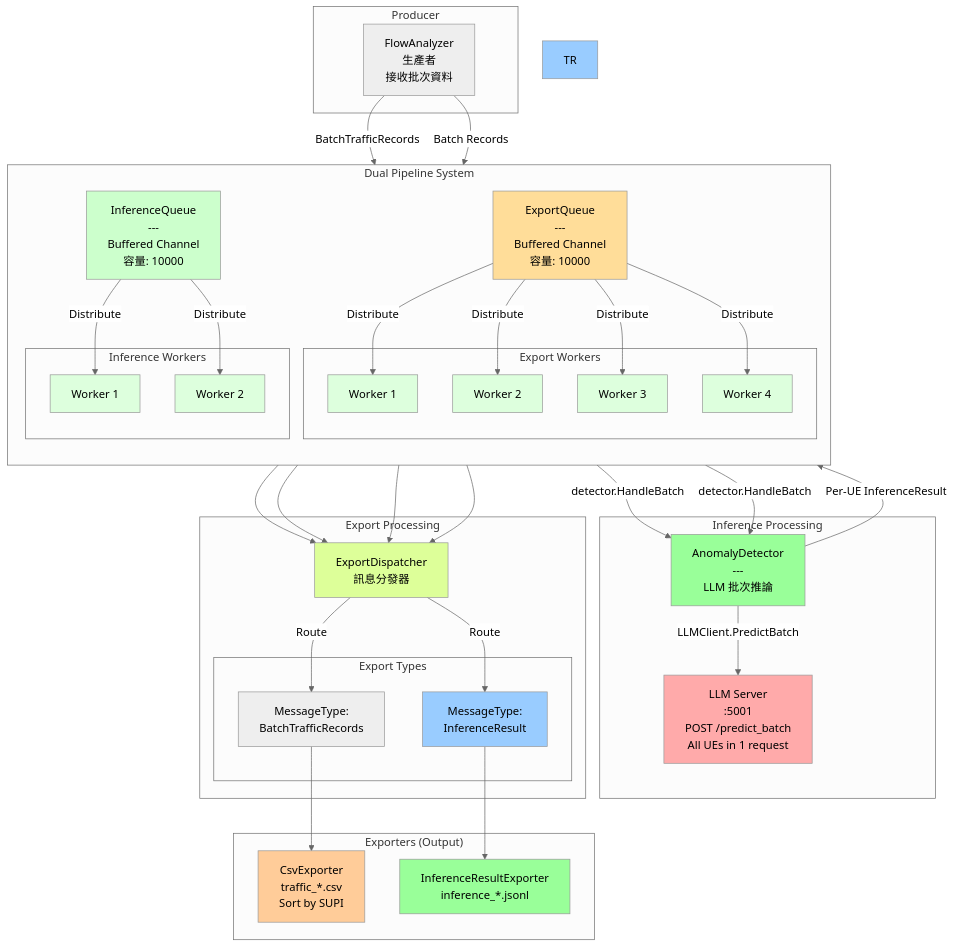
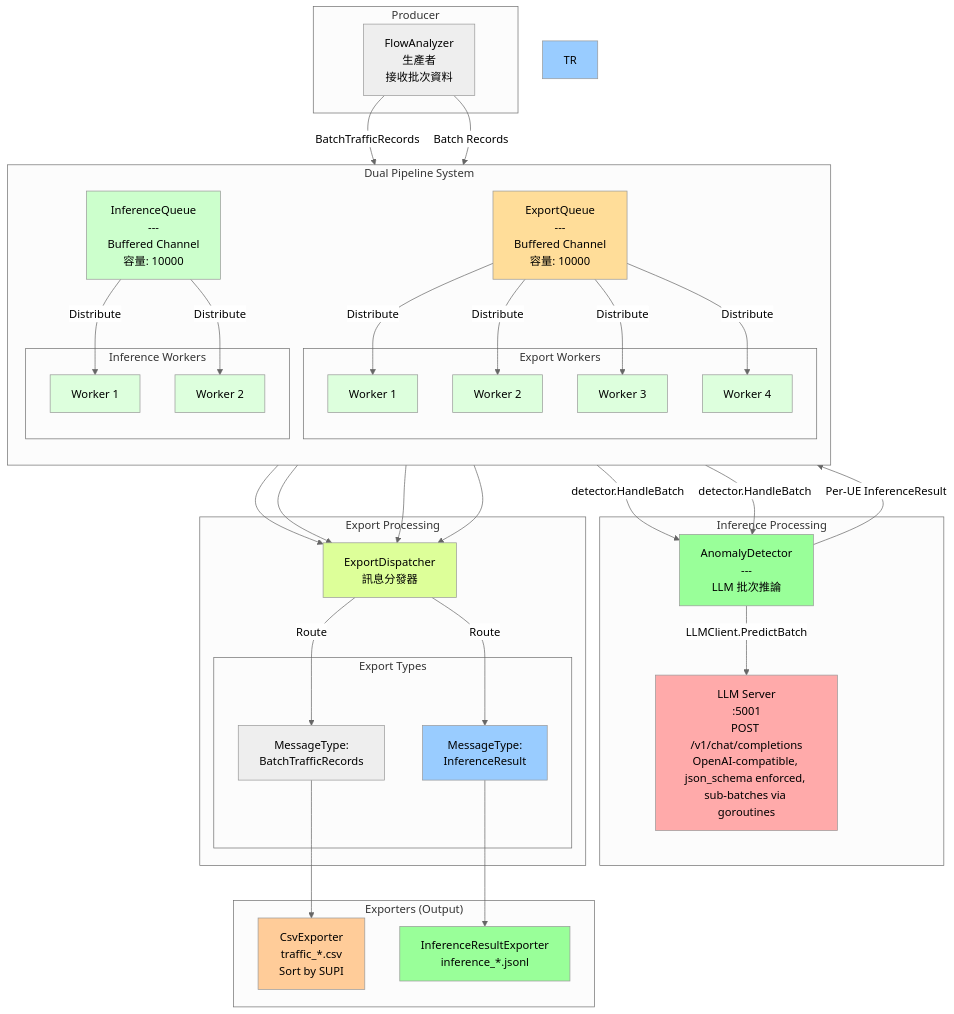
The fifth of 8 diagrams in docs/architecture.md (ian-cs12-NYCU/AnLF), drawn with Mermaid before and after one commit. The commit also changed other lines of this file and 5 other files, not shown here.

````diff
--- a/docs/architecture.md
+++ b/docs/architecture.md
@@ -259,81 +259,81 @@
 ```mermaid
 %%{init: {'theme':'neutral'}}%%
 graph TB
     subgraph "Producer"
         FA[FlowAnalyzer<br/>生產者<br/>接收批次資料]
     end
     
     subgraph "Dual Pipeline System"
         direction TB
         FA -->|BatchTrafficRecords| ExpQueue["ExportQueue<br/>---<br/>Buffered Channel<br/>容量: 10000"]
         FA -->|Batch Records| InfQueue["InferenceQueue<br/>---<br/>Buffered Channel<br/>容量: 10000"]
         
         subgraph "Export Workers"
             EW1[Worker 1]
             EW2[Worker 2]
             EW3[Worker 3]
             EW4[Worker 4]
         end
         
         subgraph "Inference Workers"
             IW1[Worker 1]
             IW2[Worker 2]
         end
         
         InfQueue -->|Distribute| IW1
         InfQueue -->|Distribute| IW2
         
         ExpQueue -->|Distribute| EW1
         ExpQueue -->|Distribute| EW2
         ExpQueue -->|Distribute| EW3
         ExpQueue -->|Distribute| EW4
     end
     
     subgraph "Inference Processing"
         IW1 -->|detector.HandleBatch| Detector["AnomalyDetector<br/>---<br/>LLM 批次推論"]
         IW2 -->|detector.HandleBatch| Detector
         
-        Detector -->|LLMClient.PredictBatch| LLMServer["LLM Server<br/>:5001<br/>POST /predict_batch<br/>All UEs in 1 request"]
+        Detector -->|LLMClient.PredictBatch| LLMServer["LLM Server<br/>:5001<br/>POST /v1/chat/completions<br/>OpenAI-compatible, json_schema enforced, sub-batches via goroutines"]
         
         Detector -->|Per-UE InferenceResult| ExpQueue
     end
     
     subgraph "Export Processing"
         EW1 --> Disp["ExportDispatcher<br/>訊息分發器"]
         EW2 --> Disp
         EW3 --> Disp
         EW4 --> Disp
         
         subgraph "Export Types"
             BTR["MessageType:<br/>BatchTrafficRecords"]
             IR["MessageType:<br/>InferenceResult"]
         end
         
         Disp -->|Route| BTR
         Disp -->|Route| IR
     end
     
     subgraph "Exporters (Output)"
         CSV[CsvExporter<br/>traffic_*.csv<br/>Sort by SUPI]
         InfExp[InferenceResultExporter<br/>inference_*.jsonl]
     end
     
     BTR --> CSV
     IR --> InfExp
     
     style ExpQueue fill:#ffdd99
     style InfQueue fill:#ccffcc
     style EW1 fill:#ddffdd
     style EW2 fill:#ddffdd
     style EW3 fill:#ddffdd
     style EW4 fill:#ddffdd
     style IW1 fill:#ddffdd
     style IW2 fill:#ddffdd
     style Detector fill:#99ff99
     style LLMServer fill:#ffaaaa
     style Disp fill:#ddff99
     style TR fill:#99ccff
     style IR fill:#99ccff
     style CSV fill:#ffcc99
     style InfExp fill:#99ff99
 ```
````
